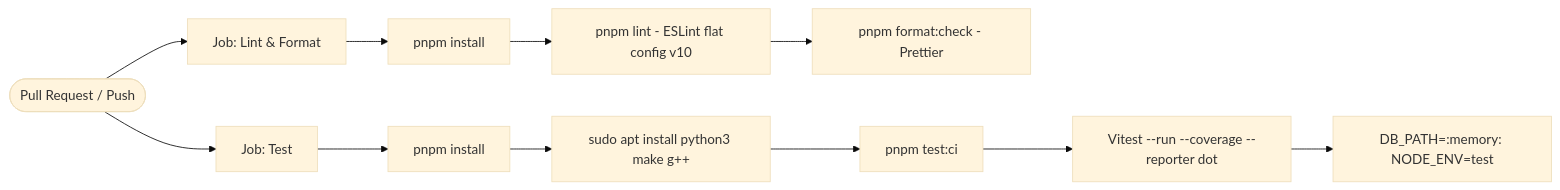
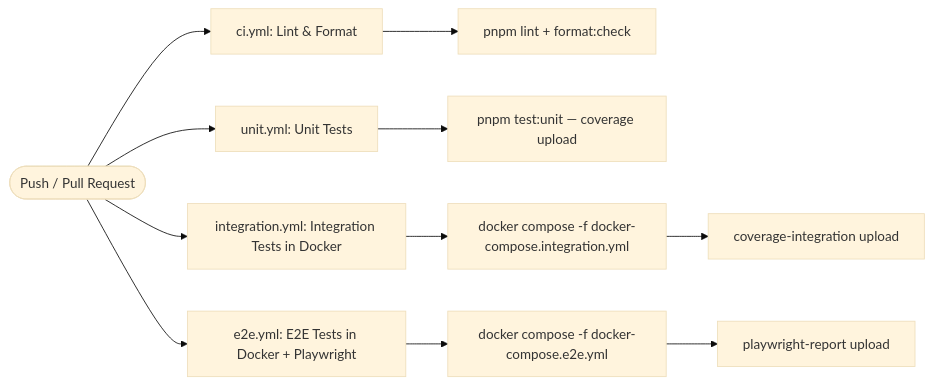
The tenth of 10 diagrams in docs/SYSTEM_DESIGN.md (GenesisEducationKyiv/software-engineering-school-6-0-Official-Echo), drawn with Mermaid (base theme) before and after one commit. The commit also changed other lines of this file, not shown here.

````diff
--- a/docs/SYSTEM_DESIGN.md
+++ b/docs/SYSTEM_DESIGN.md
@@ -564,15 +363,14 @@
 ```mermaid
 flowchart LR
-    PR([Pull Request / Push]) --> L[Job: Lint & Format]
-    PR --> T[Job: Test]
+    PR([Push / Pull Request]) --> L[ci.yml: Lint & Format]
+    PR --> U[unit.yml: Unit Tests]
+    PR --> I[integration.yml: Integration Tests in Docker]
+    PR --> E[e2e.yml: E2E Tests in Docker + Playwright]
 
-    L --> L1[pnpm install]
-    L1 --> L2[pnpm lint - ESLint flat config v10]
-    L2 --> L3[pnpm format:check - Prettier]
-
-    T --> T1[pnpm install]
-    T1 --> T2[sudo apt install python3 make g++]
-    T2 --> T3[pnpm test:ci]
-    T3 --> T4[Vitest --run --coverage --reporter dot]
-    T4 --> T5[DB_PATH=:memory: NODE_ENV=test]
+    L --> L1[pnpm lint + format:check]
+    U --> U1[pnpm test:unit — coverage upload]
+    I --> I1[docker compose -f docker-compose.integration.yml]
+    I1 --> I2[coverage-integration upload]
+    E --> E1[docker compose -f docker-compose.e2e.yml]
+    E1 --> E2[playwright-report upload]
 ```
````
